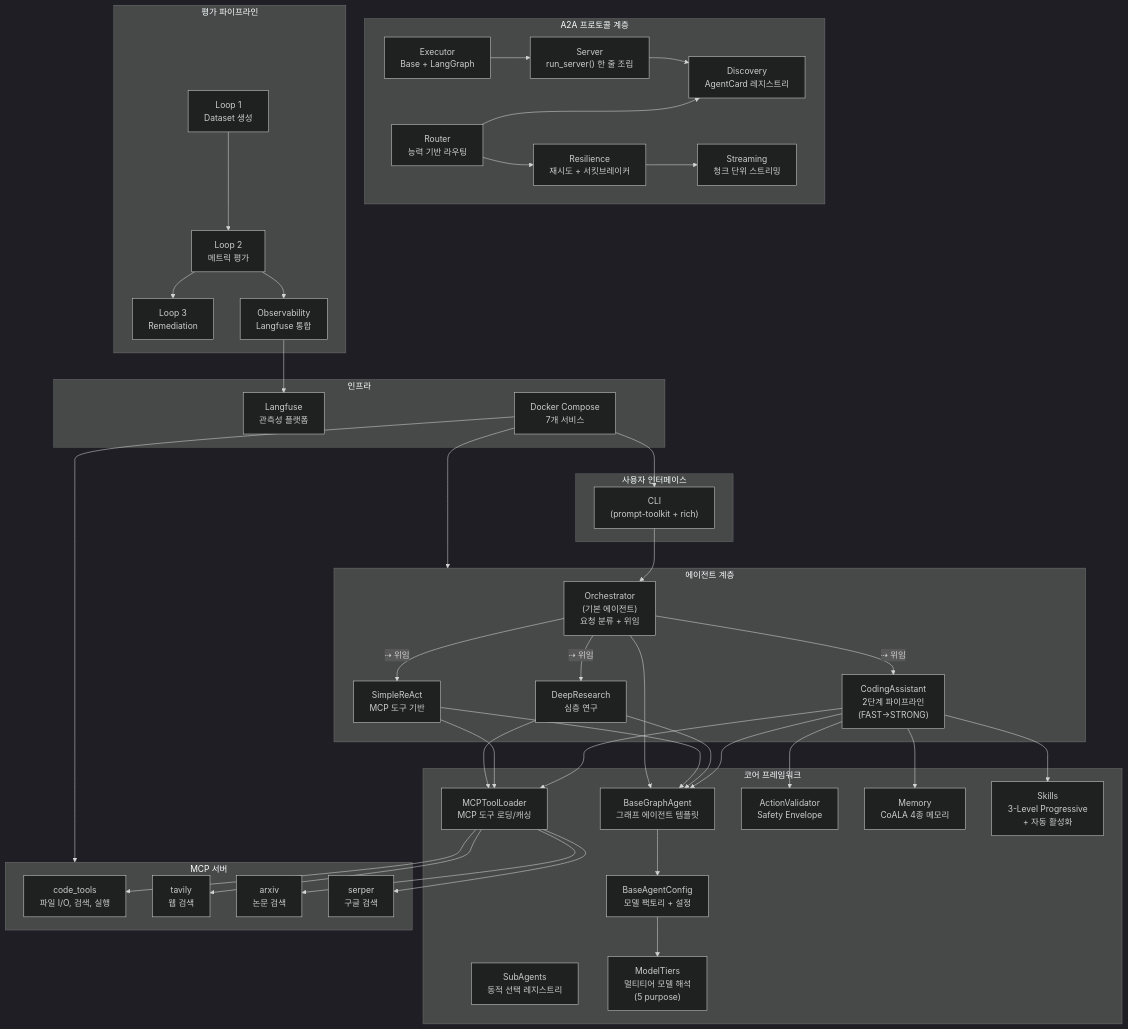
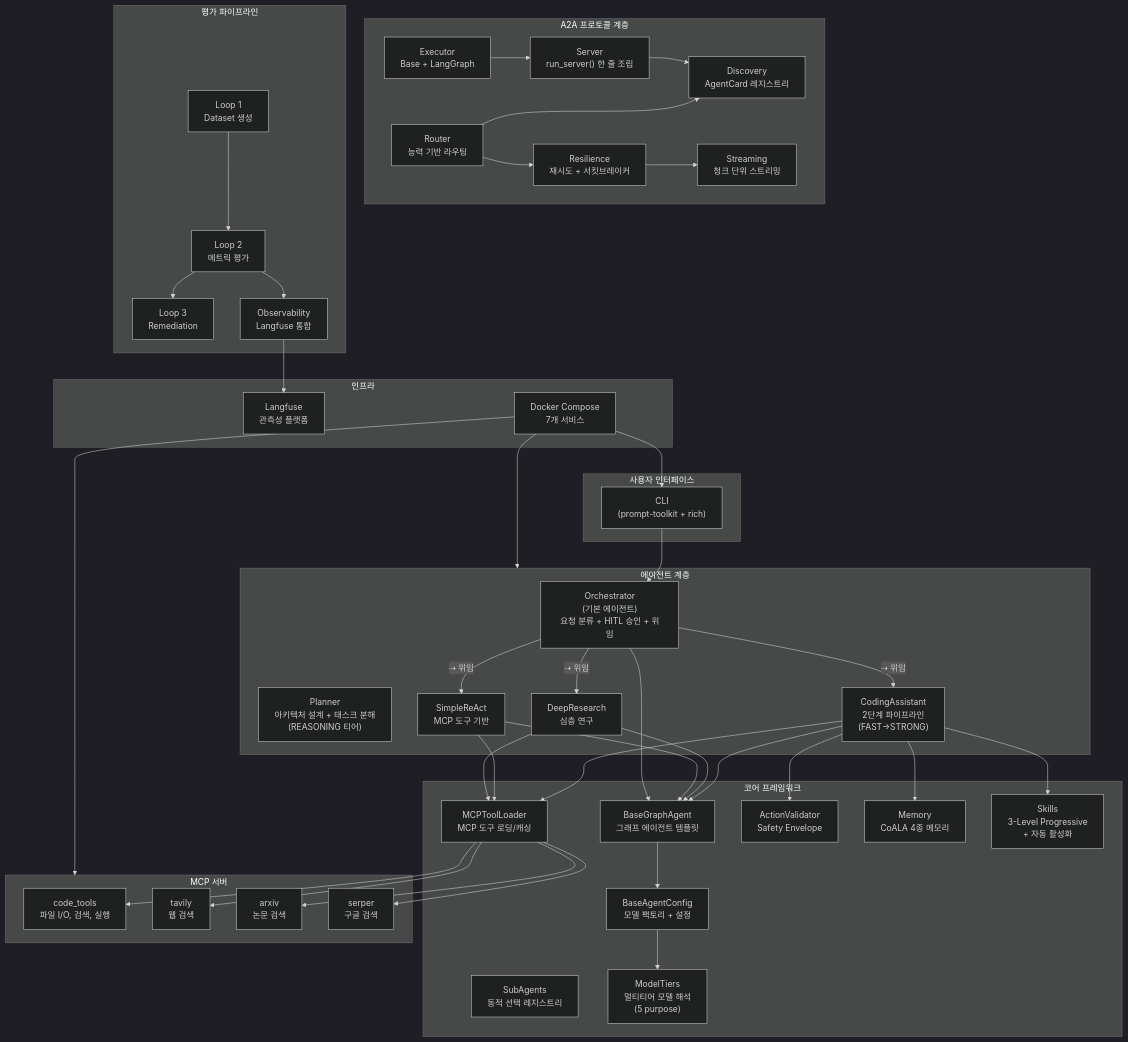
One commit to youngs75/youngs75_coding_ai_agent changed the first of 16 diagrams in docs/ARCHITECTURE.md. Above: the diagram before and after it, drawn with Mermaid (dark theme). The commit also changed 10 other files, not shown here.

```diff
--- a/docs/ARCHITECTURE.md
+++ b/docs/ARCHITECTURE.md
@@ -15,7 +15,8 @@
     end
 
     subgraph Agents["에이전트 계층"]
-        ORC["Orchestrator<br/>(기본 에이전트)<br/>요청 분류 + 위임"]
+        ORC["Orchestrator<br/>(기본 에이전트)<br/>요청 분류 + HITL 승인 + 위임"]
+        PL["Planner<br/>아키텍처 설계 + 태스크 분해<br/>(REASONING 티어)"]
         CA["CodingAssistant<br/>2단계 파이프라인<br/>(FAST→STRONG)"]
         DR["DeepResearch<br/>심층 연구"]
         SR["SimpleReAct<br/>MCP 도구 기반"]
```
